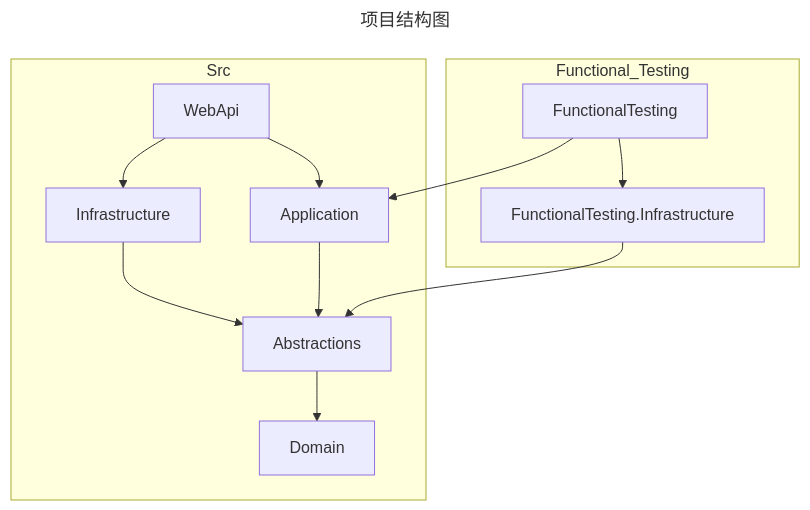
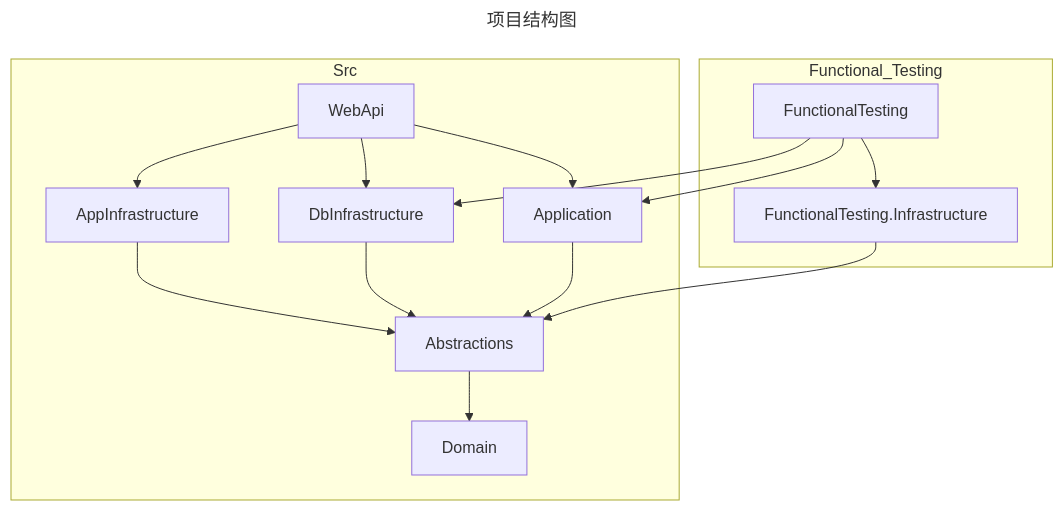
Before and after one commit to tsctsc6/MusicManagementDemo: the first of 2 diagrams in README.md, drawn with Mermaid.

````diff
--- a/README.md
+++ b/README.md
@@ -38,19 +38,22 @@
 ```mermaid
 ---
 title: 项目结构图
 ---
 flowchart TD
     subgraph Src
-    WebApi --> Infrastructure
+    WebApi --> AppInfrastructure
+    WebApi --> DbInfrastructure
     WebApi --> Application
-    Infrastructure --> Abstractions
+    AppInfrastructure --> Abstractions
+    DbInfrastructure --> Abstractions
     Application --> Abstractions
     Abstractions --> Domain
     end
 
     subgraph Functional_Testing
+    FunctionalTesting --> DbInfrastructure
+    FunctionalTesting --> Application
     FunctionalTesting --> FunctionalTesting.Infrastructure
-    FunctionalTesting --> Application
     FunctionalTesting.Infrastructure --> Abstractions
     end
 ```
````
